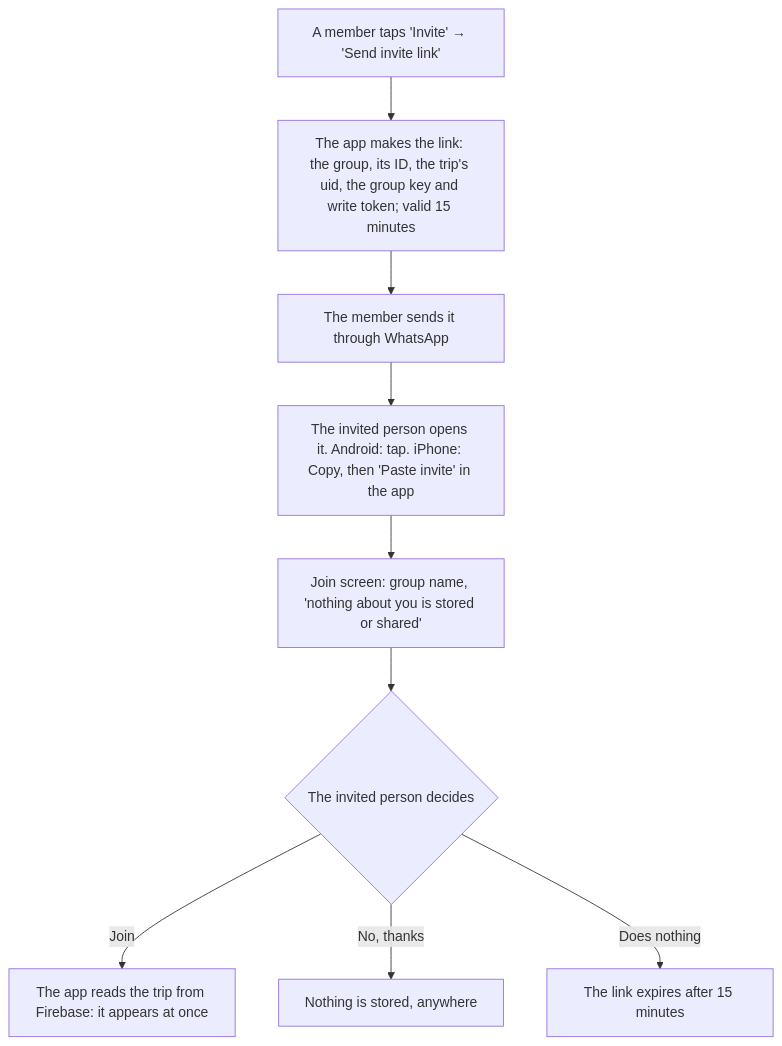
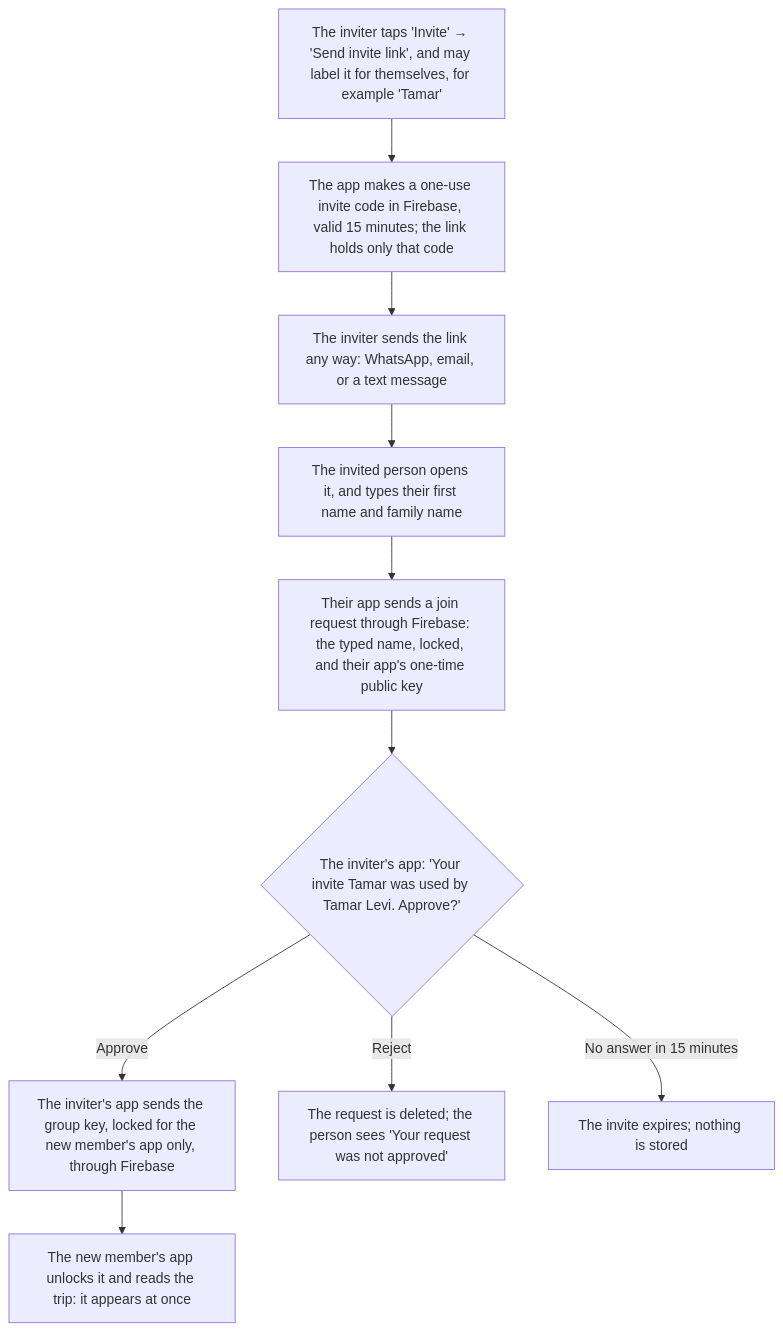
One commit to projects-rs/trip-map changed the second of 3 diagrams in docs/DESIGN.md. Above: the diagram before and after it, drawn with Mermaid. The commit also changed other lines of this file, not shown here.

First line of the commit message:
Design 9.3: invite links hold no key; the inviter approves each join

````diff
--- a/docs/DESIGN.md
+++ b/docs/DESIGN.md
@@ -950,11 +952,12 @@
 ```mermaid
 flowchart TD
-    A["A member taps 'Invite' → 'Send invite link'"] --> B["The app makes the link: the group, its ID, the trip's uid, the group key and write token; valid 15 minutes"]
-    B --> C["The member sends it through WhatsApp"]
-    C --> D["The invited person opens it. Android: tap. iPhone: Copy, then 'Paste invite' in the app"]
-    D --> E["Join screen: group name, 'nothing about you is stored or shared'"]
-    E --> F{"The invited person decides"}
-    F -->|Join| G["The app reads the trip from Firebase: it appears at once"]
-    F -->|"No, thanks"| K["Nothing is stored, anywhere"]
-    F -->|"Does nothing"| O["The link expires after 15 minutes"]
+    A["The inviter taps 'Invite' → 'Send invite link', and may label it for themselves, for example 'Tamar'"] --> B["The app makes a one-use invite code in Firebase, valid 15 minutes; the link holds only that code"]
+    B --> C["The inviter sends the link any way: WhatsApp, email, or a text message"]
+    C --> D["The invited person opens it, and types their first name and family name"]
+    D --> E["Their app sends a join request through Firebase: the typed name, locked, and their app's one-time public key"]
+    E --> F{"The inviter's app: 'Your invite Tamar was used by Tamar Levi. Approve?'"}
+    F -->|Approve| G["The inviter's app sends the group key, locked for the new member's app only, through Firebase"]
+    G --> H["The new member's app unlocks it and reads the trip: it appears at once"]
+    F -->|Reject| R["The request is deleted; the person sees 'Your request was not approved'"]
+    F -->|"No answer in 15 minutes"| X["The invite expires; nothing is stored"]
 ```
````
